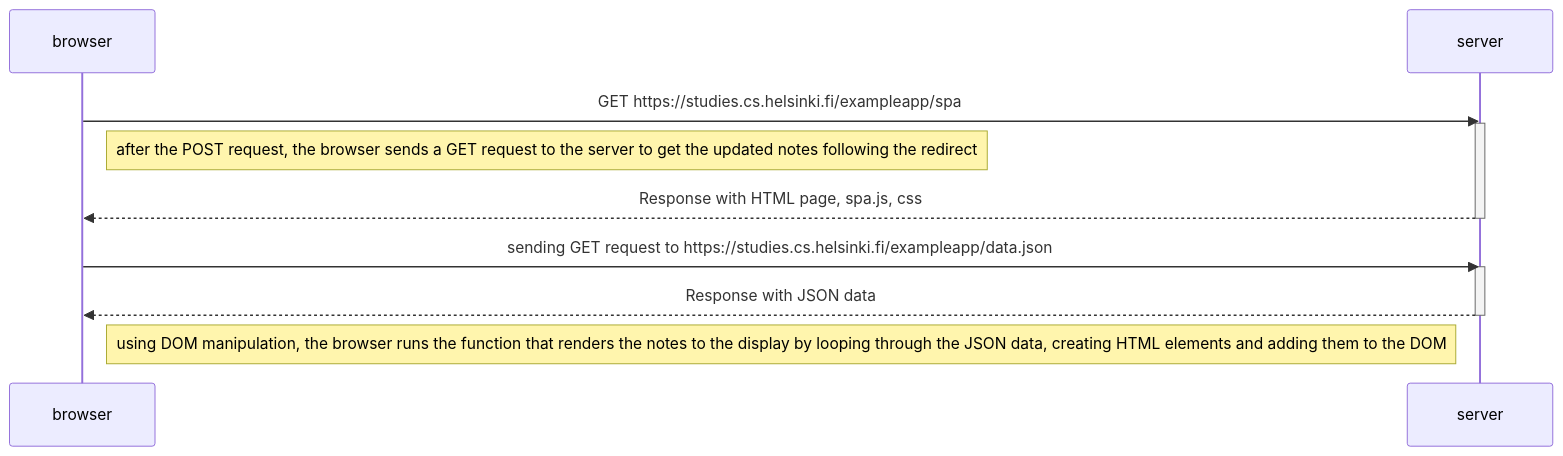
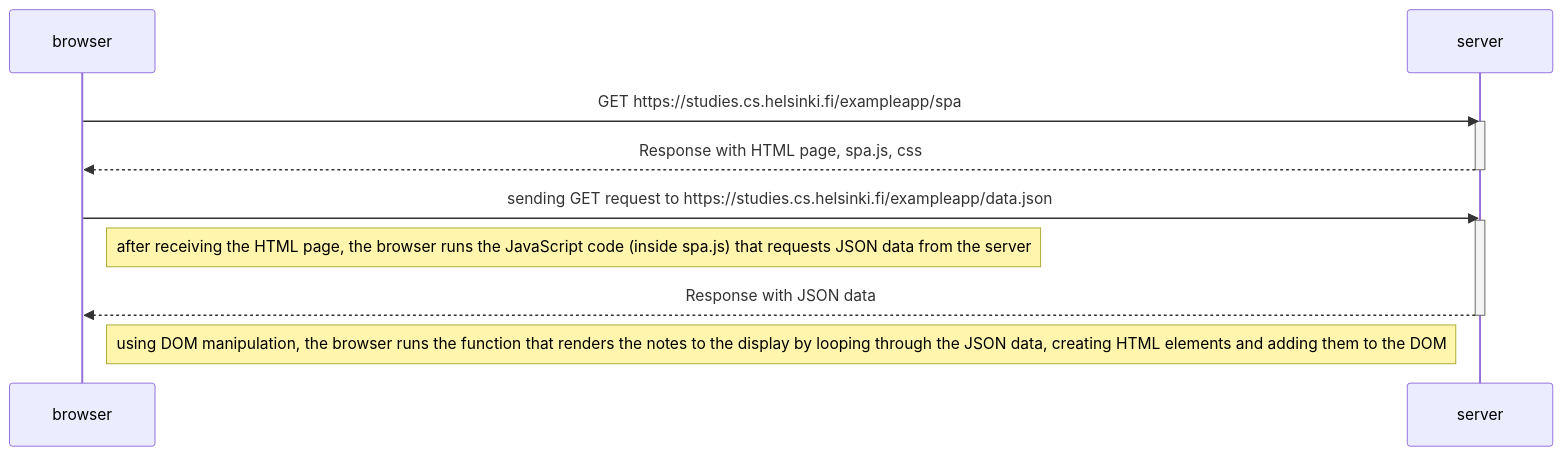
One commit to TahaMedhous/fullstackopen_answers changed the diagram in part 0/0-5.md. Above: the diagram before and after it, drawn with Mermaid.

````diff
--- a/part 0/0-5.md
+++ b/part 0/0-5.md
@@ -1,22 +1,24 @@
 ```mermaid
 sequenceDiagram
     participant browser
     participant server
 
 
     browser->>server: GET https://studies.cs.helsinki.fi/exampleapp/spa
     activate server
 
-      Note right of browser: after the POST request, the browser sends a GET request to the server to get the updated notes following the redirect
     server-->>browser: Response with HTML page, spa.js, css
 
     deactivate server
 
     browser->>server: sending GET request to https://studies.cs.helsinki.fi/exampleapp/data.json
     activate server
+      Note right of browser: after receiving the HTML page, the browser runs the JavaScript code (inside spa.js) that requests JSON data from the server
+
+
     server-->>browser: Response with JSON data
     deactivate server
 
       Note right of browser: using DOM manipulation, the browser runs the function that renders the notes to the display by looping through the JSON data, creating HTML elements and adding them to the DOM
 
 ```
````
